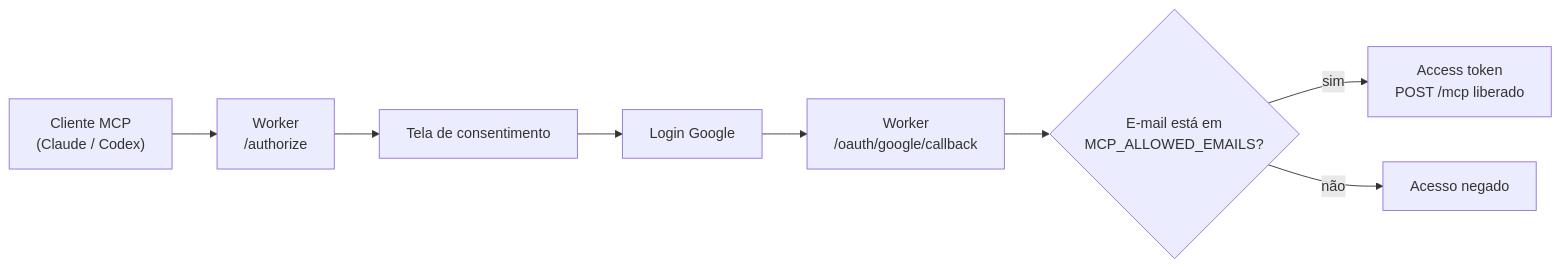
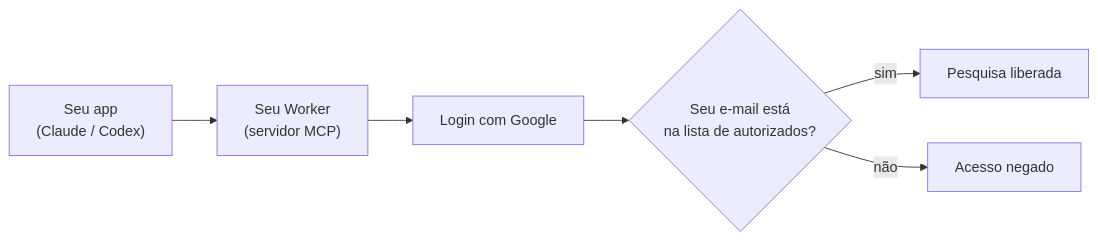
Before and after one commit to brunoflma/jurisprudenciaia-mcp: the diagram in README.md, drawn with Mermaid. The commit also changed other lines of this file and 12 other files, not shown here.

````diff
--- a/README.md
+++ b/README.md
@@ -7,10 +40,8 @@
 ```mermaid
 flowchart LR
-    A["Cliente MCP<br/>(Claude / Codex)"] --> B["Worker<br/>/authorize"]
-    B --> C["Tela de consentimento"]
-    C --> D["Login Google"]
-    D --> E["Worker<br/>/oauth/google/callback"]
-    E --> F{"E-mail está em<br/>MCP_ALLOWED_EMAILS?"}
-    F -- "sim" --> G["Access token<br/>POST /mcp liberado"]
-    F -- "não" --> H["Acesso negado"]
+    A["Seu app<br/>(Claude / Codex)"] --> B["Seu Worker<br/>(servidor MCP)"]
+    B --> C["Login com Google"]
+    C --> D{"Seu e-mail está<br/>na lista de autorizados?"}
+    D -- "sim" --> E["Pesquisa liberada"]
+    D -- "não" --> F["Acesso negado"]
 ```
````
